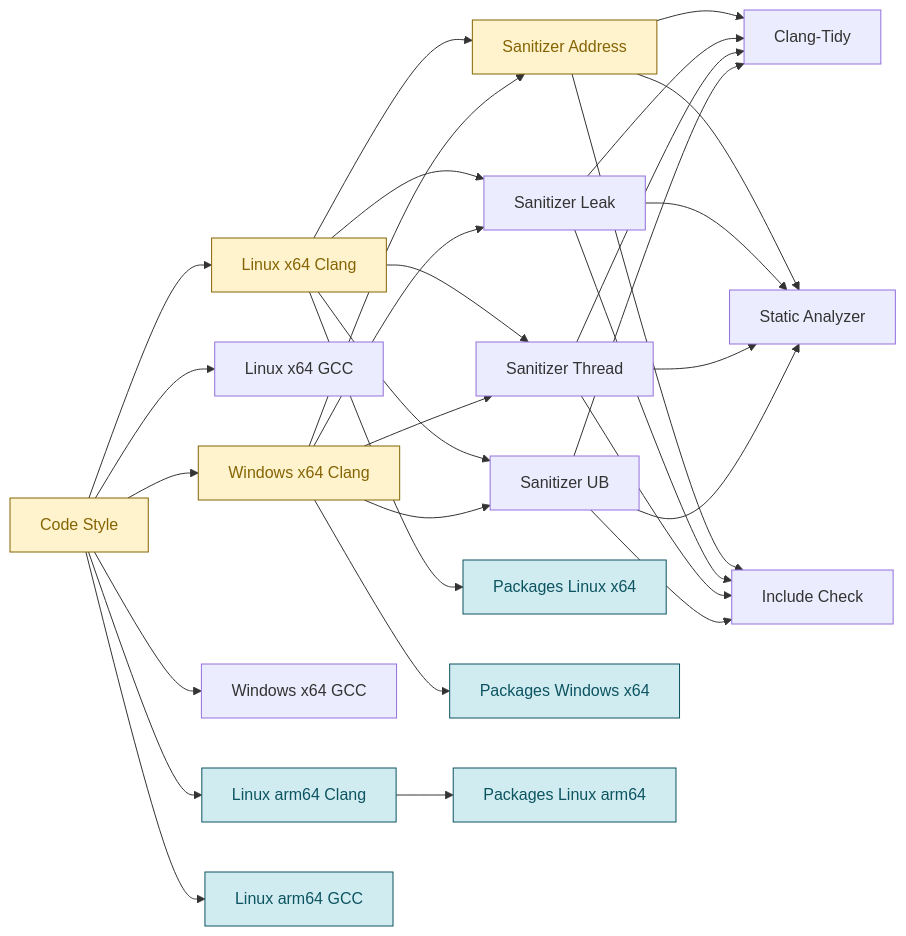
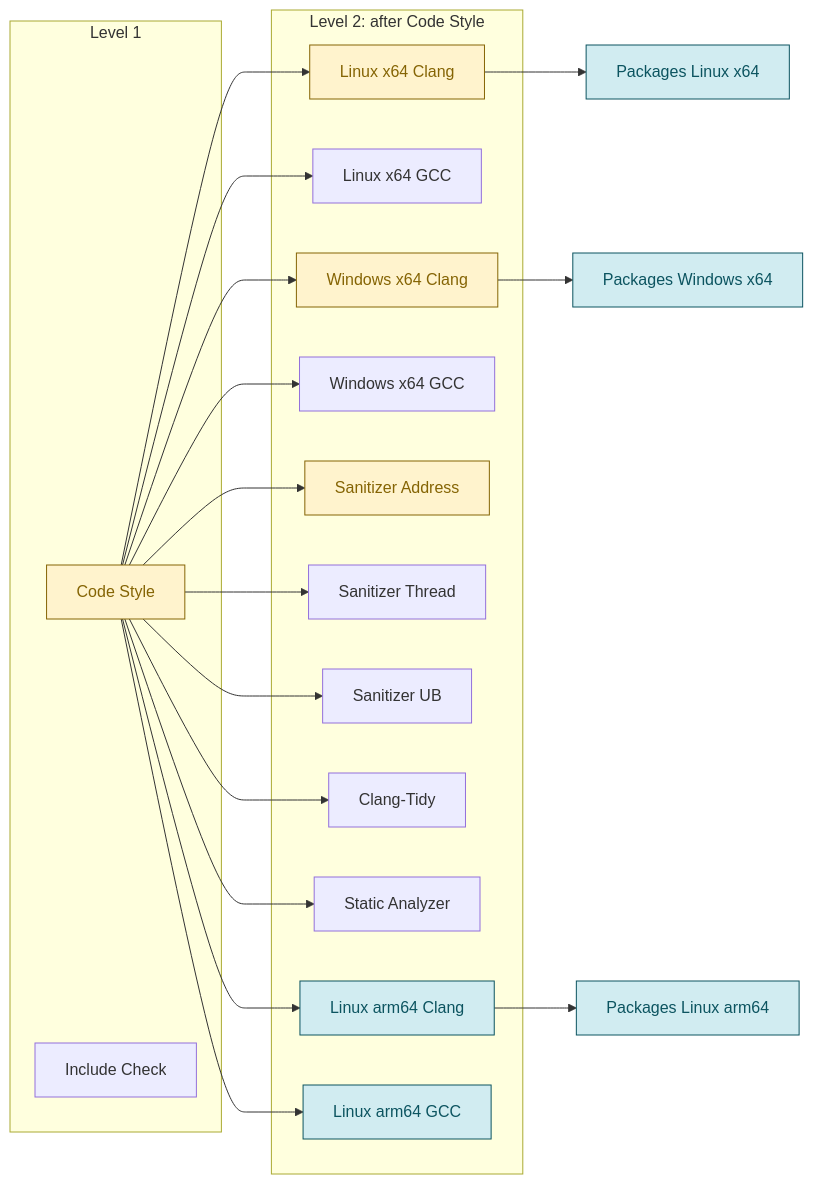
Before and after one commit to Silmaen/Owl: the second of 3 diagrams in doc/pages/continuous_integration.md, drawn with Mermaid. The commit also changed other lines of this file and 47 other files, not shown here.

````diff
--- a/doc/pages/continuous_integration.md
+++ b/doc/pages/continuous_integration.md
@@ -34,14 +128,21 @@
 ```mermaid
 flowchart LR
-    CS[Code Style] --> LxC[Linux x64 Clang] & LxG[Linux x64 GCC] & WxC[Windows x64 Clang] & WxG[Windows x64 GCC]
-    CS --> LaC[Linux arm64 Clang] & LaG[Linux arm64 GCC]
-    LxC & WxC --> SA[Sanitizer Address] & SL[Sanitizer Leak] & ST[Sanitizer Thread] & SU[Sanitizer UB]
-    SA & SL & ST & SU --> CT[Clang-Tidy] & AN[Static Analyzer] & IC[Include Check]
+    subgraph L1[Level 1]
+        CS[Code Style]
+        IC[Include Check]
+    end
+    subgraph L2[Level 2: after Code Style]
+        LxC[Linux x64 Clang] & LxG[Linux x64 GCC] & WxC[Windows x64 Clang] & WxG[Windows x64 GCC]
+        SA[Sanitizer Address] & ST[Sanitizer Thread] & SU[Sanitizer UB]
+        CT[Clang-Tidy] & AN[Static Analyzer]
+        LaC[Linux arm64 Clang] & LaG[Linux arm64 GCC]
+    end
+    CS --> LxC & LxG & WxC & WxG & SA & ST & SU & CT & AN & LaC & LaG
     LxC --> PL[Packages Linux x64]
     WxC --> PW[Packages Windows x64]
     LaC --> PA[Packages Linux arm64]
     classDef draft fill:#fff3cd,stroke:#856404,color:#856404
     classDef mainOnly fill:#d1ecf1,stroke:#0c5460,color:#0c5460
     class CS,LxC,WxC,SA draft
     class LaC,LaG,PL,PW,PA mainOnly
 ```
````
